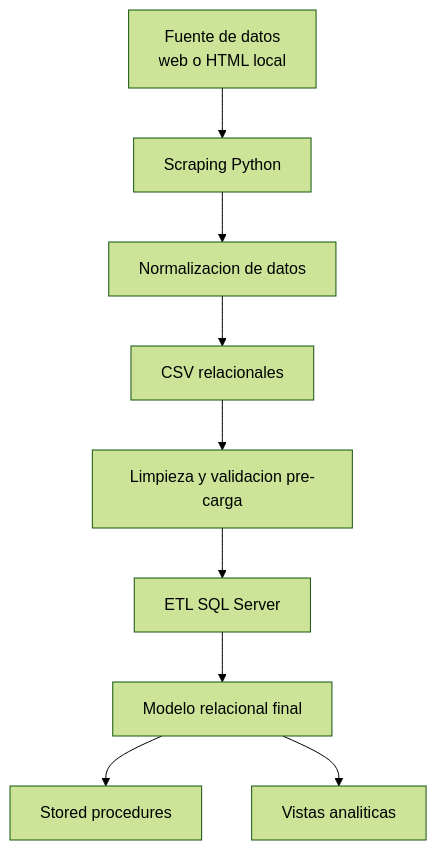
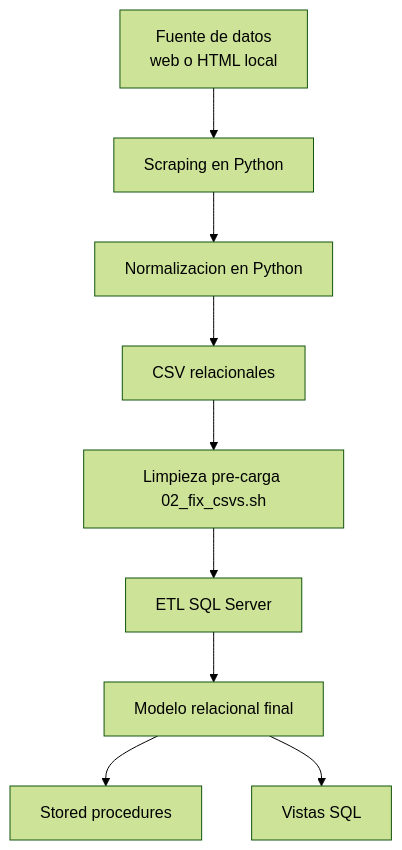
One commit to Ennero/bases2_proyecto1 changed the first of 2 diagrams in docs/manualtecnico.md. Above: the diagram before and after it, drawn with Mermaid (forest theme). The commit also changed other lines of this file and 1 other file, not shown here.

````diff
--- a/docs/manualtecnico.md
+++ b/docs/manualtecnico.md
@@ -18,11 +38,11 @@
 ```mermaid
 flowchart TD
-  A["Fuente de datos\nweb o HTML local"] --> B["Scraping Python"]
-  B --> C["Normalizacion de datos"]
+  A["Fuente de datos\nweb o HTML local"] --> B["Scraping en Python"]
+  B --> C["Normalizacion en Python"]
   C --> D["CSV relacionales"]
-  D --> E["Limpieza y validacion pre-carga"]
+  D --> E["Limpieza pre-carga 02_fix_csvs.sh"]
   E --> F["ETL SQL Server"]
   F --> G["Modelo relacional final"]
   G --> H["Stored procedures"]
-  G --> I["Vistas analiticas"]
+  G --> I["Vistas SQL"]
 ```
````
